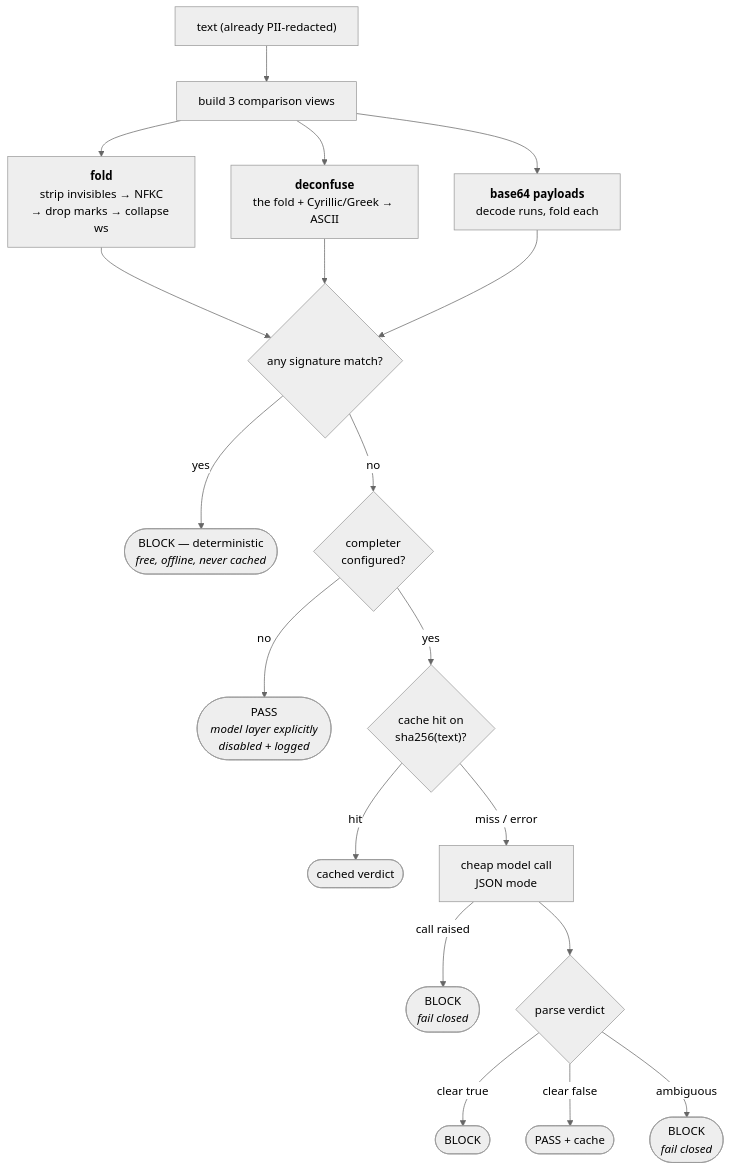
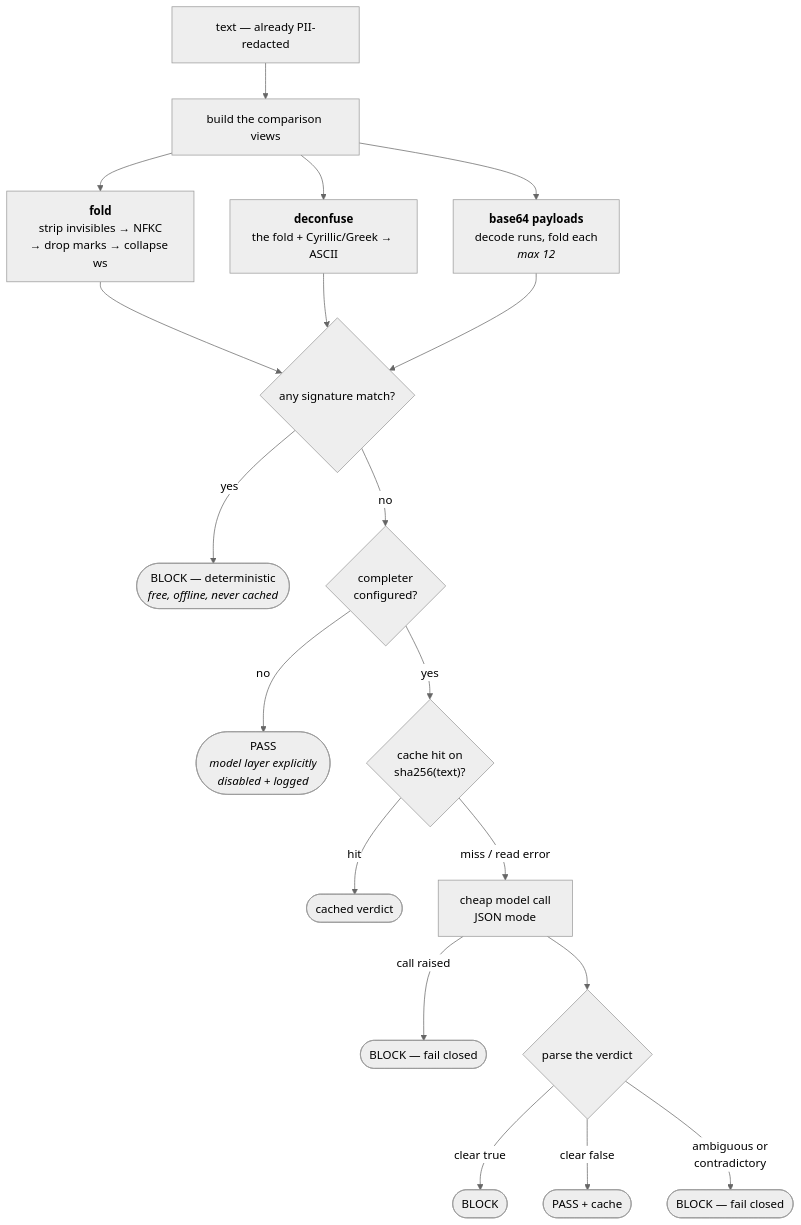
Before and after one commit to yrevash/aegis: the third of 5 diagrams in docs/teaching/guardrails/40-diagrams.md, drawn with Mermaid (neutral theme). The commit also changed other lines of this file and 111 other files, not shown here.

````diff
--- a/docs/teaching/guardrails/40-diagrams.md
+++ b/docs/teaching/guardrails/40-diagrams.md
@@ -67,27 +77,27 @@
 ```mermaid
 flowchart TB
-    T["text (already PII-redacted)"] --> V["build 3 comparison views"]
+    T["text — already PII-redacted"] --> V["build the comparison views"]
 
     V --> V1["<b>fold</b><br/>strip invisibles → NFKC<br/>→ drop marks → collapse ws"]
     V --> V2["<b>deconfuse</b><br/>the fold + Cyrillic/Greek → ASCII"]
-    V --> V3["<b>base64 payloads</b><br/>decode runs, fold each"]
+    V --> V3["<b>base64 payloads</b><br/>decode runs, fold each<br/><i>max 12</i>"]
 
     V1 --> M{"any signature match?"}
     V2 --> M
     V3 --> M
 
     M -->|yes| HIT(["BLOCK — deterministic<br/><i>free, offline, never cached</i>"])
     M -->|no| C{"completer<br/>configured?"}
 
     C -->|no| OFF([PASS<br/><i>model layer explicitly<br/>disabled + logged</i>])
     C -->|yes| CACHE{"cache hit on<br/>sha256(text)?"}
 
     CACHE -->|hit| CV([cached verdict])
-    CACHE -->|"miss / error"| LLM["cheap model call<br/>JSON mode"]
+    CACHE -->|"miss / read error"| LLM["cheap model call<br/>JSON mode"]
 
-    LLM -->|"call raised"| FC([BLOCK<br/><i>fail closed</i>])
-    LLM --> PARSE{"parse verdict"}
+    LLM -->|"call raised"| FC([BLOCK — fail closed])
+    LLM --> PARSE{"parse the verdict"}
     PARSE -->|"clear true"| BLK([BLOCK])
     PARSE -->|"clear false"| OK([PASS + cache])
-    PARSE -->|ambiguous| FC2([BLOCK<br/><i>fail closed</i>])
+    PARSE -->|"ambiguous or<br/>contradictory"| FC2([BLOCK — fail closed])
 ```
````
